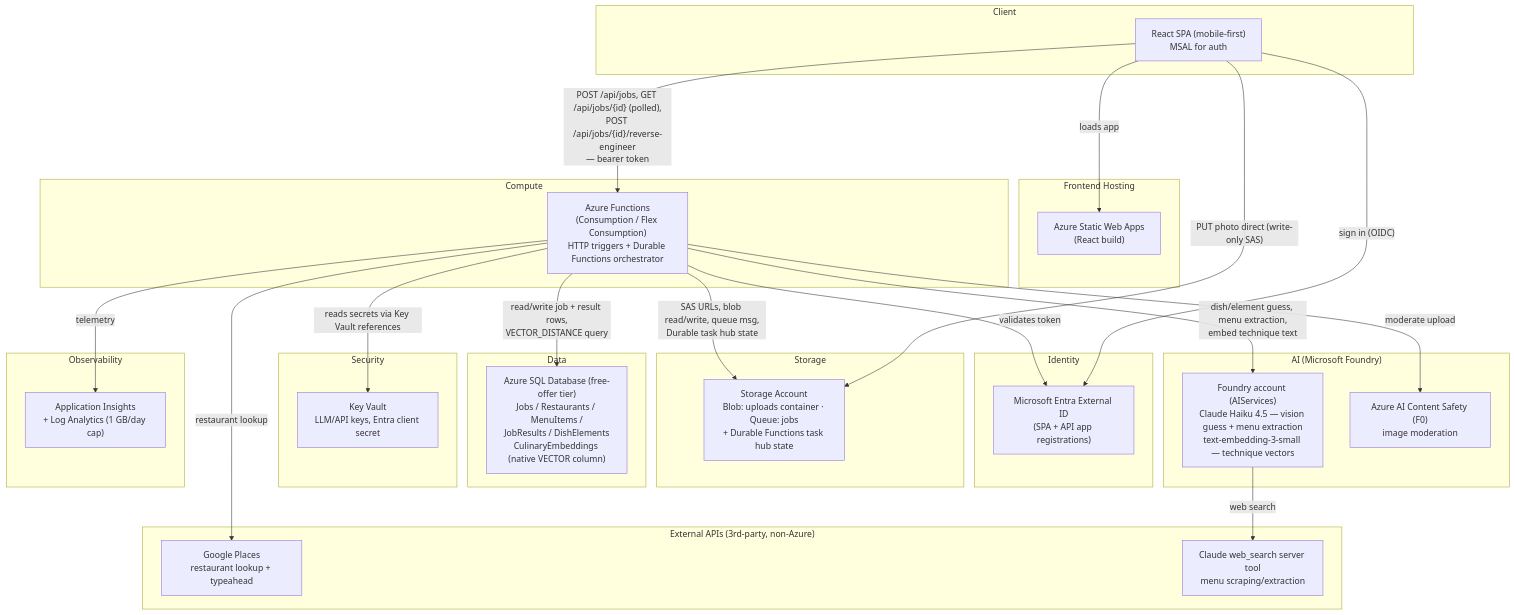
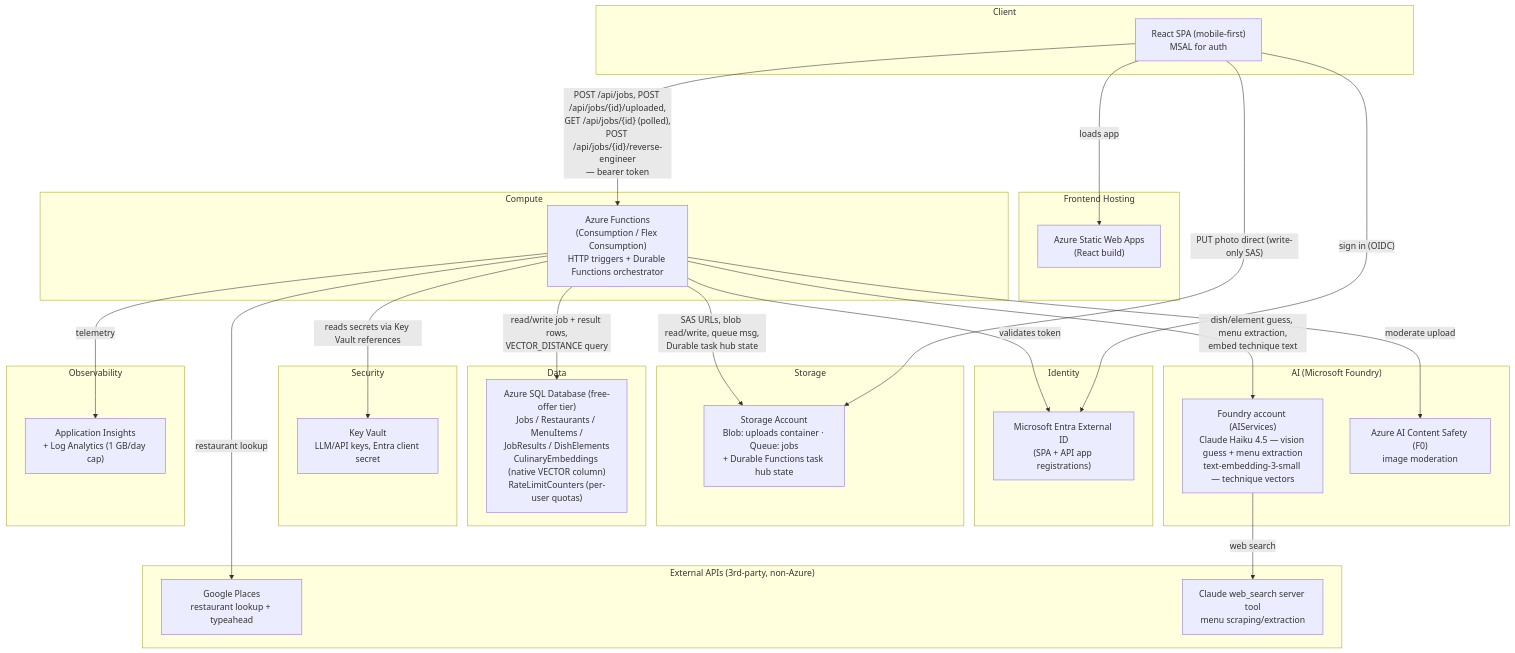
One commit to joelwood420/Replate changed the diagram in docs/architecture.md. Above: the diagram before and after it, drawn with Mermaid. The commit also changed other lines of this file and 30 other files, not shown here.

````diff
--- a/docs/architecture.md
+++ b/docs/architecture.md
@@ -17,59 +17,59 @@
 ```mermaid
 flowchart TB
     subgraph Client["Client"]
         Browser["React SPA (mobile-first)<br/>MSAL for auth"]
     end
 
     subgraph Identity["Identity"]
         EntraID["Microsoft Entra External ID<br/>(SPA + API app registrations)"]
     end
 
     subgraph Hosting["Frontend Hosting"]
         SWA["Azure Static Web Apps<br/>(React build)"]
     end
 
     subgraph Compute["Compute"]
         FuncApp["Azure Functions<br/>(Consumption / Flex Consumption)<br/>HTTP triggers + Durable Functions orchestrator"]
     end
 
     subgraph Storage["Storage"]
         StorageAcct["Storage Account<br/>Blob: uploads container · Queue: jobs<br/>+ Durable Functions task hub state"]
     end
 
     subgraph Data["Data"]
-        SQL["Azure SQL Database (free-offer tier)<br/>Jobs / Restaurants / MenuItems /<br/>JobResults / DishElements<br/>CulinaryEmbeddings (native VECTOR column)"]
+        SQL["Azure SQL Database (free-offer tier)<br/>Jobs / Restaurants / MenuItems /<br/>JobResults / DishElements<br/>CulinaryEmbeddings (native VECTOR column)<br/>RateLimitCounters (per-user quotas)"]
     end
 
     subgraph Security["Security"]
         KeyVault["Key Vault<br/>LLM/API keys, Entra client secret"]
     end
 
     subgraph AI["AI (Microsoft Foundry)"]
         Foundry["Foundry account (AIServices)<br/>Claude Haiku 4.5 — vision guess + menu extraction<br/>text-embedding-3-small — technique vectors"]
         ContentSafety["Azure AI Content Safety (F0)<br/>image moderation"]
     end
 
     subgraph Observability["Observability"]
         AppInsights["Application Insights<br/>+ Log Analytics (1 GB/day cap)"]
     end
 
     subgraph External["External APIs (3rd-party, non-Azure)"]
         Places["Google Places<br/>restaurant lookup + typeahead"]
         WebSearch["Claude web_search server tool<br/>menu scraping/extraction"]
     end
 
     Browser -- "sign in (OIDC)" --> EntraID
     Browser -- "loads app" --> SWA
-    Browser -- "POST /api/jobs, GET /api/jobs/{id} (polled),<br/>POST /api/jobs/{id}/reverse-engineer<br/>— bearer token" --> FuncApp
+    Browser -- "POST /api/jobs, POST /api/jobs/{id}/uploaded,<br/>GET /api/jobs/{id} (polled),<br/>POST /api/jobs/{id}/reverse-engineer<br/>— bearer token" --> FuncApp
     Browser -- "PUT photo direct (write-only SAS)" --> StorageAcct
 
     FuncApp -- "validates token" --> EntraID
     FuncApp -- "SAS URLs, blob read/write, queue msg,<br/>Durable task hub state" --> StorageAcct
     FuncApp -- "reads secrets via Key Vault references" --> KeyVault
     FuncApp -- "restaurant lookup" --> Places
     FuncApp -- "dish/element guess, menu extraction,<br/>embed technique text" --> Foundry
     Foundry -- "web search" --> WebSearch
     FuncApp -- "moderate upload" --> ContentSafety
     FuncApp -- "read/write job + result rows,<br/>VECTOR_DISTANCE query" --> SQL
     FuncApp -- "telemetry" --> AppInsights
 ```
````
